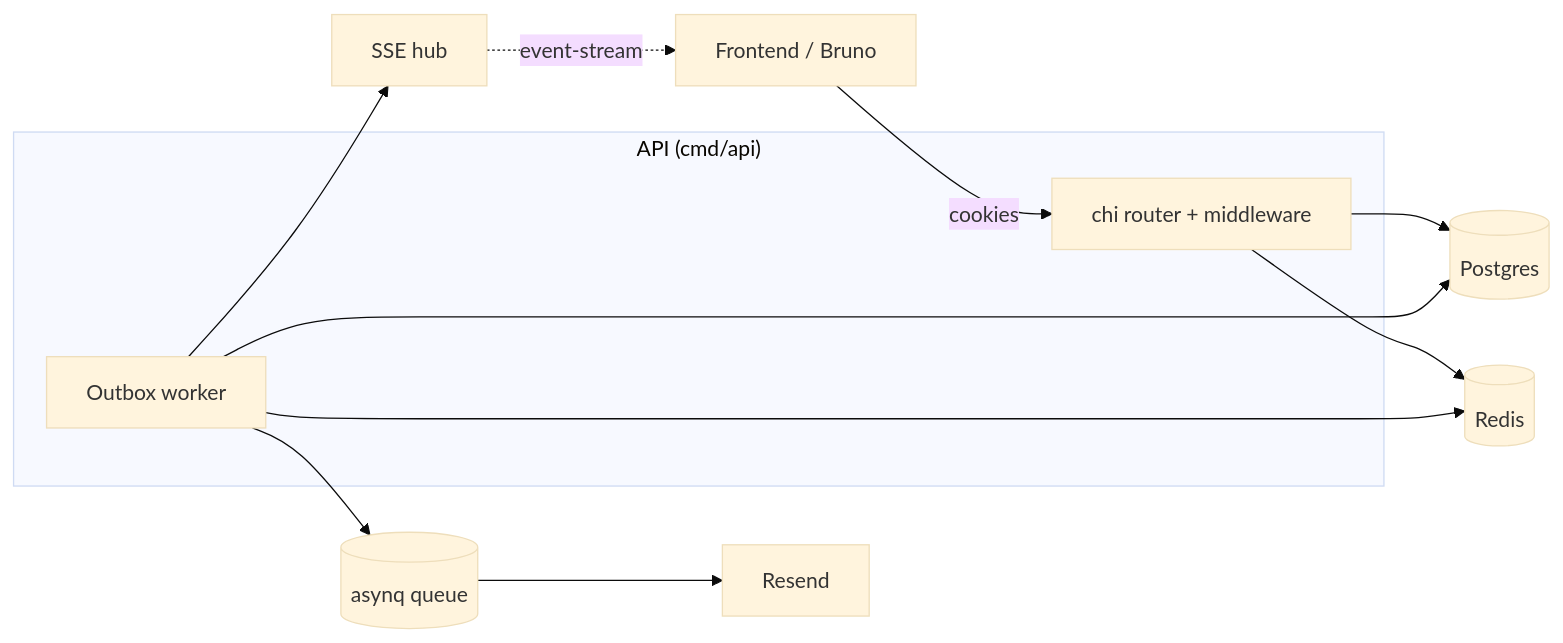
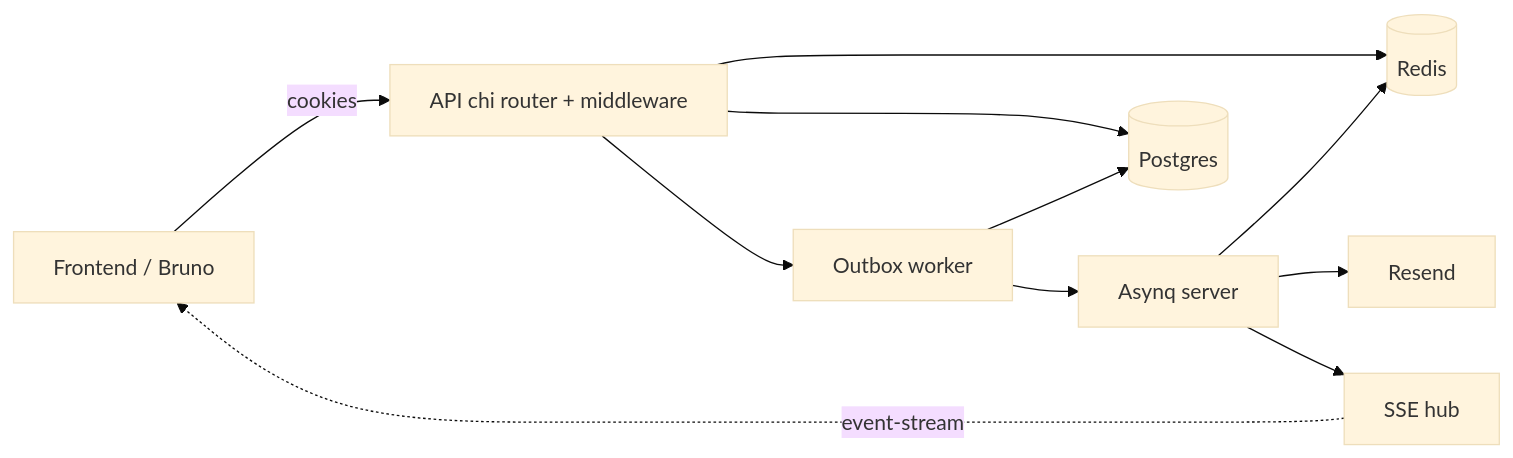
One commit to YacineMK/SiteTrack changed the first of 5 diagrams in README.md. Above: the diagram before and after it, drawn with Mermaid (base theme). The commit also changed other lines of this file, not shown here.

Commit message:
docs: expand README with architecture diagrams and ID generation flow

````diff
--- a/README.md
+++ b/README.md
@@ -41,16 +43,22 @@
 ```mermaid
 flowchart LR
-    Client[Frontend / Bruno] -- cookies --> API
-    subgraph app["API (cmd/api)"]
-        API[chi router + middleware]
-        Worker[Outbox worker]
-    end
-    API --> PG[(Postgres)]
-    API --> Redis[(Redis)]
+    Browser["Frontend / Bruno"]
+    API["API chi router + middleware"]
+    Worker["Outbox worker"]
+    Asynq_Srv["Asynq server"]
+    SSE["SSE hub"]
+    PG[("Postgres")]
+    Redis[("Redis")]
+    Resend["Resend"]
+
+    Browser -->|cookies| API
+    API --> PG
+    API --> Redis
+    API --> Worker
     Worker --> PG
-    Worker --> Redis
-    Worker --> Asynq[(asynq queue)]
-    Asynq --> Email[Resend]
-    Worker --> SSE[SSE hub]
-    SSE -. event-stream .-> Client
+    Worker --> Asynq_Srv
+    Asynq_Srv --> Redis
+    Asynq_Srv --> Resend
+    Asynq_Srv --> SSE
+    SSE -.->|event-stream| Browser
 ```
````
